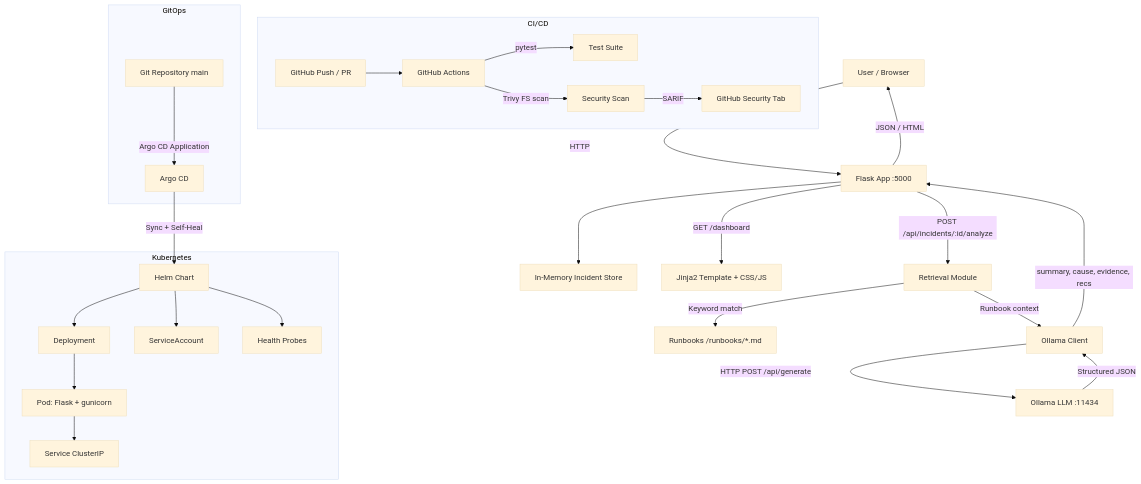
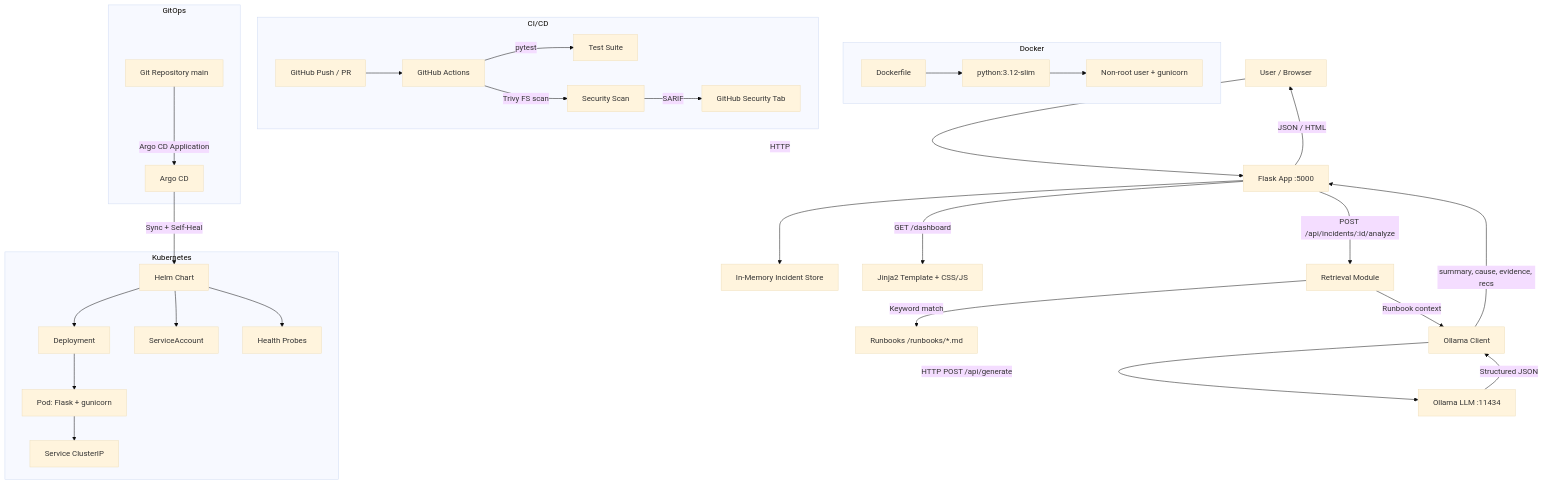
One commit to samkeerthana98/ai-devops-incident-intelligence changed the diagram in README.md. Above: the diagram before and after it, drawn with Mermaid (base theme). The commit also changed other lines of this file, not shown here.

Commit message:
Improve README architecture and deployment documentation

````diff
--- a/README.md
+++ b/README.md
@@ -26,33 +26,38 @@
 ```mermaid
 graph TD
     A[User / Browser] -->|HTTP| B[Flask App :5000]
     B --> C[In-Memory Incident Store]
     B -->|GET /dashboard| D[Jinja2 Template + CSS/JS]
     B -->|POST /api/incidents/:id/analyze| E[Retrieval Module]
     E -->|Keyword match| F[Runbooks /runbooks/*.md]
     E -->|Runbook context| G[Ollama Client]
     G -->|HTTP POST /api/generate| H[Ollama LLM :11434]
     H -->|Structured JSON| G
     G -->|summary, cause, evidence, recs| B
     B -->|JSON / HTML| A
 
+    subgraph Docker
+        I[Dockerfile] --> J[python:3.12-slim]
+        J --> K[Non-root user + gunicorn]
+    end
+
     subgraph CI/CD
-        I[GitHub Push / PR] --> J[GitHub Actions]
-        J -->|pytest| K[Test Suite]
-        J -->|Trivy FS scan| L[Security Scan]
-        L -->|SARIF| M[GitHub Security Tab]
+        L[GitHub Push / PR] --> M[GitHub Actions]
+        M -->|pytest| N[Test Suite]
+        M -->|Trivy FS scan| O[Security Scan]
+        O -->|SARIF| P[GitHub Security Tab]
     end
 
     subgraph Kubernetes
-        N[Helm Chart] --> O[Deployment]
-        O --> P[Pod: Flask + gunicorn]
-        P --> Q[Service ClusterIP]
-        N --> R[ServiceAccount]
-        N --> S[Health Probes]
+        Q[Helm Chart] --> R[Deployment]
+        R --> S[Pod: Flask + gunicorn]
+        S --> T[Service ClusterIP]
+        Q --> U[ServiceAccount]
+        Q --> V[Health Probes]
     end
 
     subgraph GitOps
-        T[Git Repository main] -->|Argo CD Application| U[Argo CD]
-        U -->|Sync + Self-Heal| N
+        W[Git Repository main] -->|Argo CD Application| X[Argo CD]
+        X -->|Sync + Self-Heal| Q
     end
 ```
````
